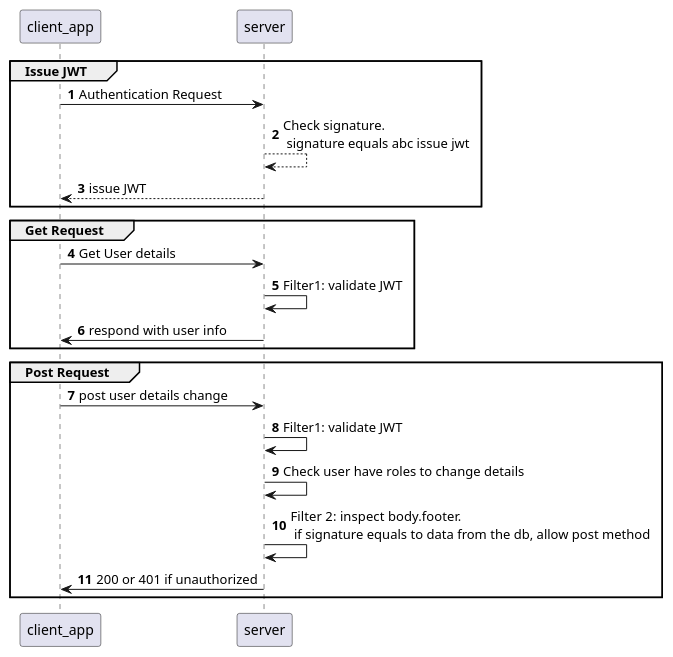
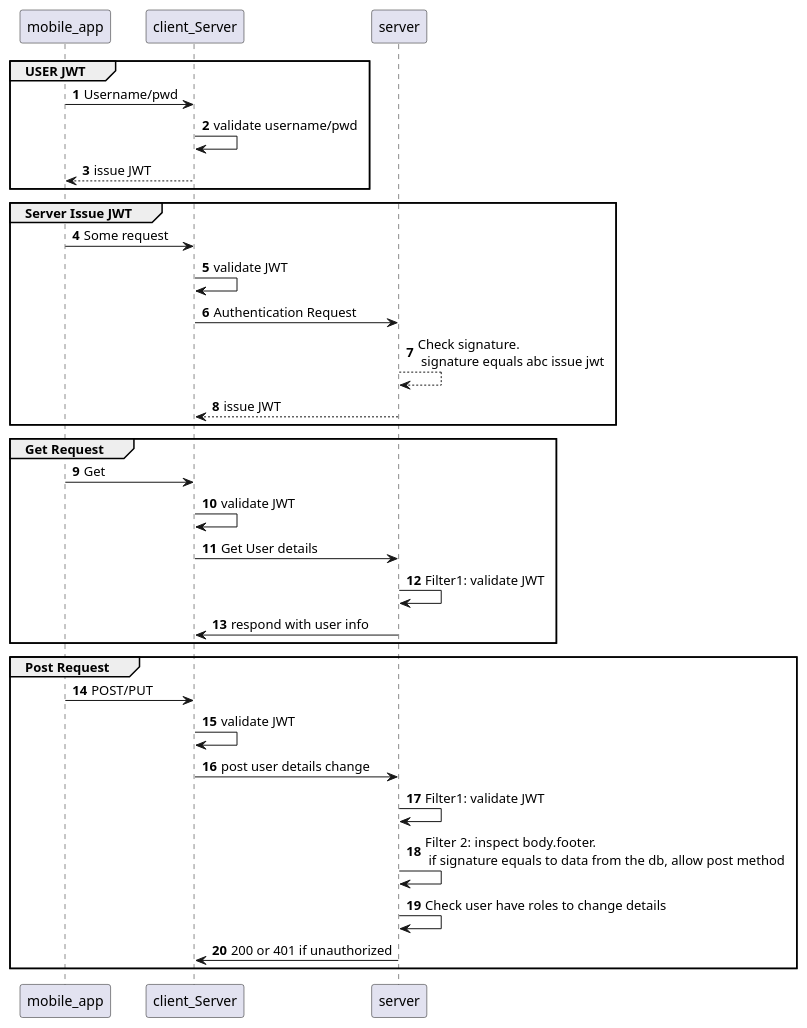
One commit to sankawarapitiya/Fiverr_auth_jwt changed the diagram in requirement/jwt_flow.puml. Above: the diagram before and after it, drawn with PlantUML. The commit also changed 5 other files, not shown here.

```diff
--- a/requirement/jwt_flow.puml
+++ b/requirement/jwt_flow.puml
@@ -1,25 +1,39 @@
 @startuml
 'https://plantuml.com/sequence-diagram
-
+participant mobile_app as mobile_app
+participant client_Server as client_app
+participant server as server
 autonumber
 
-Group Issue JWT
+Group USER JWT
+mobile_app ->  client_app: Username/pwd
+client_app -> client_app: validate username/pwd
+client_app --> mobile_app: issue JWT
+end
+
+Group Server Issue JWT
+mobile_app ->  client_app: Some request
+client_app -> client_app: validate JWT
 client_app -> server: Authentication Request
 server --> server: Check signature.\n signature equals abc issue jwt
 server --> client_app: issue JWT
 end
 
 group Get Request
+mobile_app ->  client_app: Get
+client_app -> client_app: validate JWT
 client_app -> server: Get User details
 server -> server: Filter1: validate JWT
 server -> client_app: respond with user info
 end
 
 group Post Request
+mobile_app ->  client_app: POST/PUT
+client_app -> client_app: validate JWT
 client_app -> server: post user details change
 server -> server: Filter1: validate JWT
+server -> server: Filter 2: inspect body.footer. \n if signature equals to data from the db, allow post method
 server -> server: Check user have roles to change details
-server -> server: Filter 2: inspect body.footer. \n if signature equals to data from the db, allow post method
 server -> client_app: 200 or 401 if unauthorized
 end
 @enduml
```
